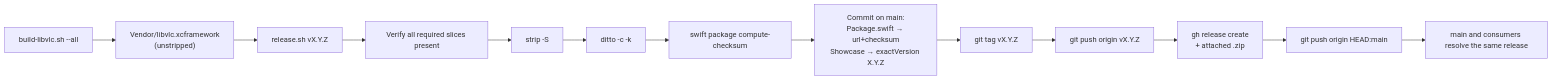
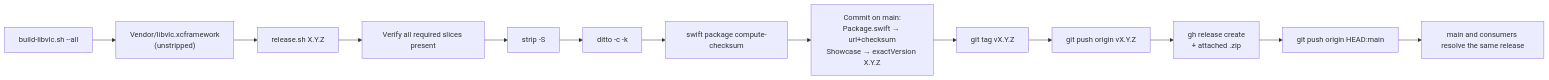
The seventh of 7 diagrams in ARCHITECTURE.md (harflabs/SwiftVLC), drawn with Mermaid before and after one commit. The commit also changed other lines of this file and 71 other files, not shown here.

````diff
--- a/ARCHITECTURE.md
+++ b/ARCHITECTURE.md
@@ -795,15 +799,15 @@
 ```mermaid
 flowchart LR
     BUILD["build-libvlc.sh --all"] --> XCF["Vendor/libvlc.xcframework<br/>(unstripped)"]
-    XCF --> RELEASE["release.sh vX.Y.Z"]
+    XCF --> RELEASE["release.sh X.Y.Z"]
     RELEASE --> VERIFY["Verify all required slices present"]
     VERIFY --> STRIP["strip -S"]
     STRIP --> ZIP["ditto -c -k"]
     ZIP --> SUM["swift package compute-checksum"]
     SUM --> COMMIT["Commit on main:<br/>Package.swift → url+checksum<br/>Showcase → exactVersion X.Y.Z"]
     COMMIT --> TAG["git tag vX.Y.Z"]
     TAG --> PUSH_TAG["git push origin vX.Y.Z"]
     PUSH_TAG --> GH["gh release create<br/>+ attached .zip"]
     GH --> PUSH_MAIN["git push origin HEAD:main"]
     PUSH_MAIN --> SPM["main and consumers resolve the same release"]
 ```
````
